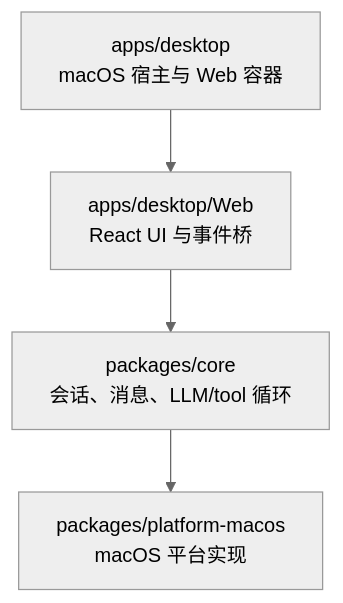
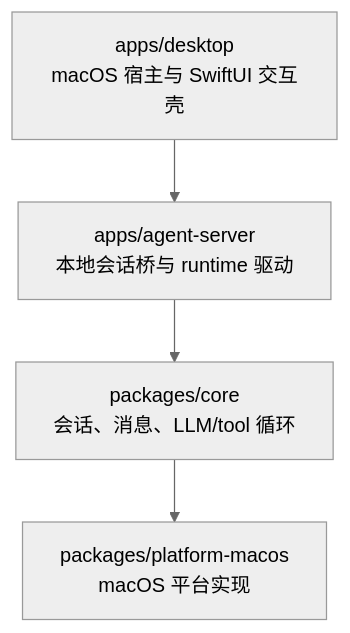
One commit to Lixuhang987/SpotAgent changed the first of 2 diagrams in handAgent.md. Above: the diagram before and after it, drawn with Mermaid (neutral theme). The commit also changed other lines of this file and 26 other files, not shown here.

````diff
--- a/handAgent.md
+++ b/handAgent.md
@@ -21,6 +21,6 @@
 ```mermaid
 flowchart TD
-  A[apps/desktop<br/>macOS 宿主与 Web 容器] --> B[apps/desktop/Web<br/>React UI 与事件桥]
+  A[apps/desktop<br/>macOS 宿主与 SwiftUI 交互壳] --> B[apps/agent-server<br/>本地会话桥与 runtime 驱动]
   B --> C[packages/core<br/>会话、消息、LLM/tool 循环]
   C --> D[packages/platform-macos<br/>macOS 平台实现]
 ```
````
